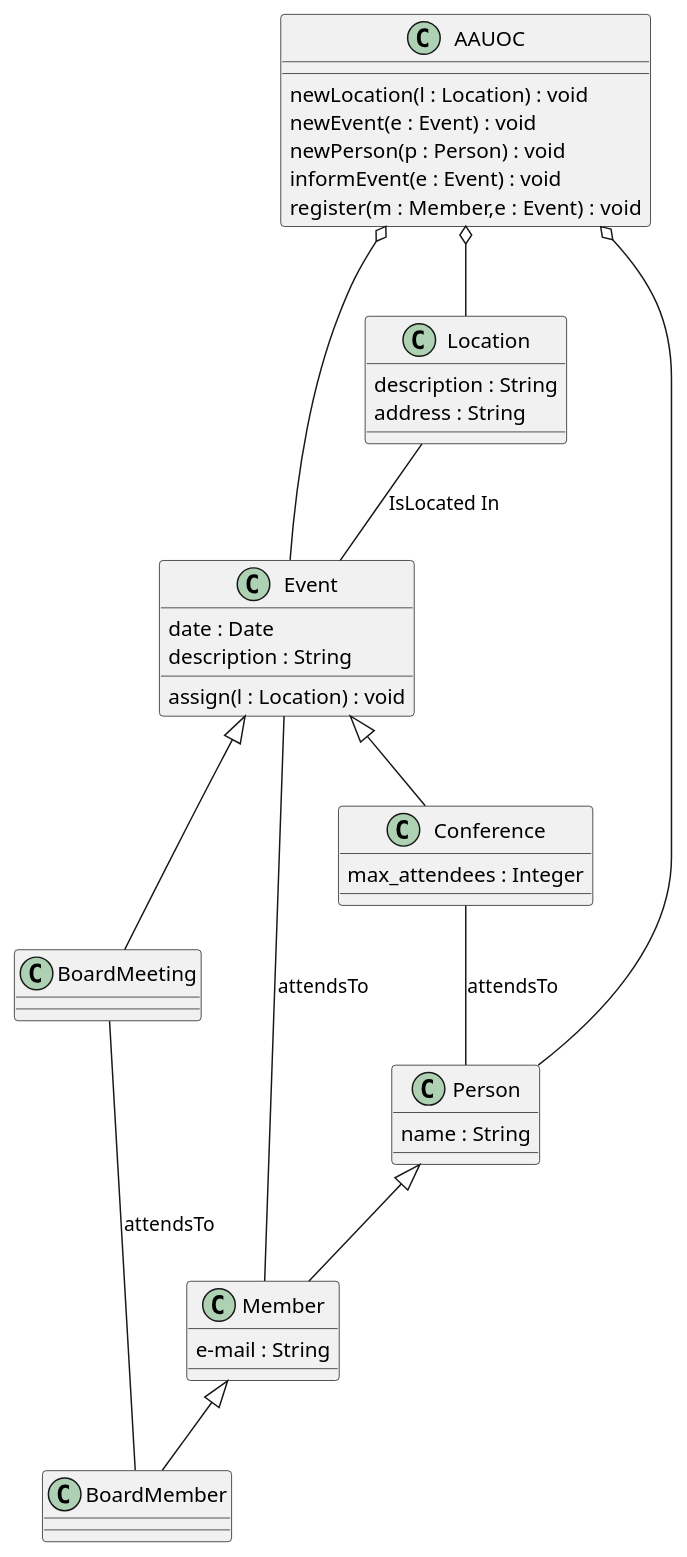
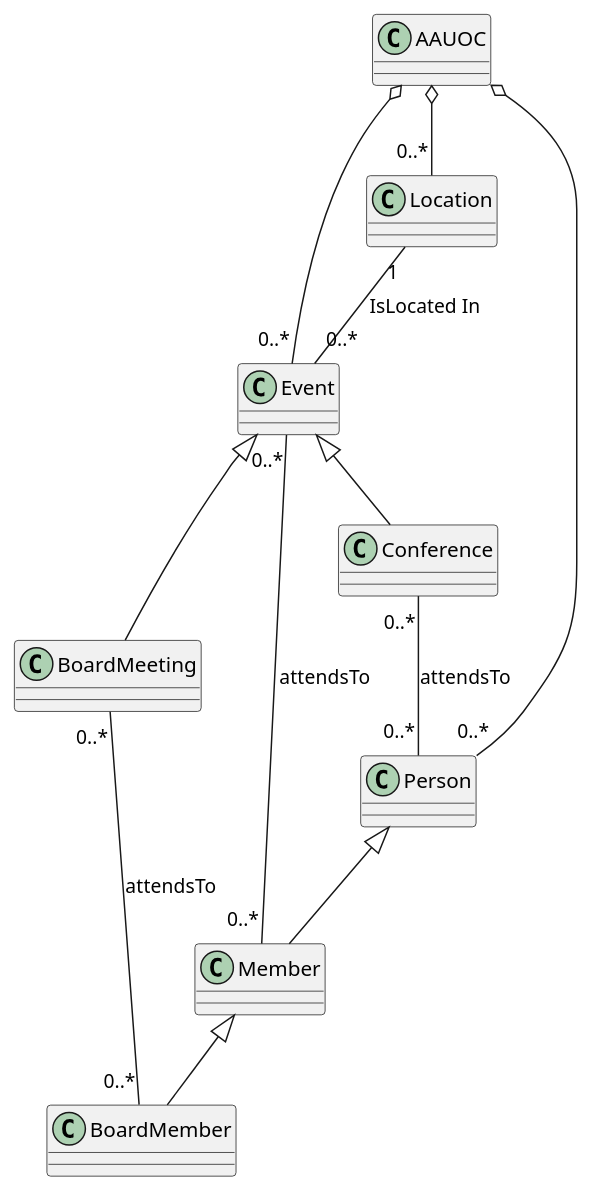
Before and after one commit to alexvc991/UMLClasesAlejandroVicente: the diagram in src/UML_AlejandroVicente.puml, drawn with PlantUML. The commit also changed 2 other files, not shown here.

```diff
--- a/src/UML_AlejandroVicente.puml
+++ b/src/UML_AlejandroVicente.puml
@@ -1,46 +1,18 @@
 @startuml
-
-class AAUOC {
-    newLocation(l : Location) : void
-    newEvent(e : Event) : void
-    newPerson(p : Person) : void
-    informEvent(e : Event) : void
-    register(m : Member,e : Event) : void
-}
-class Location {
-    description : String
-    address : String
-}
-class Event {
-    date : Date
-    description : String
-    assign(l : Location) : void
-
-}
-class Member {
-    e-mail : String
-}
-class Person {
-    name : String
-}
-class Conference {
-    max_attendees : Integer
-}
 
 Event <|-- Conference
 Event <|-- BoardMeeting
 
 Person <|-- Member
 Member <|-- BoardMember
 
-AAUOC o-- Location
-AAUOC o-- Event
-AAUOC o-- Person
+AAUOC o-- "0..*" Location
+AAUOC o-- "0..*" Event
+AAUOC o-- "0..*" Person
 
-Location -- Event :IsLocated In
-Event -- Member :attendsTo
-BoardMeeting -- BoardMember :attendsTo
-Conference -- Person :attendsTo
-
+Location "1" -- "0..*" Event :IsLocated In
+Event "0..*" -- "0..*" Member :attendsTo
+BoardMeeting "0..*" -- "0..*" BoardMember :attendsTo
+Conference "0..*" -- "0..*" Person :attendsTo
 
 @enduml
```
